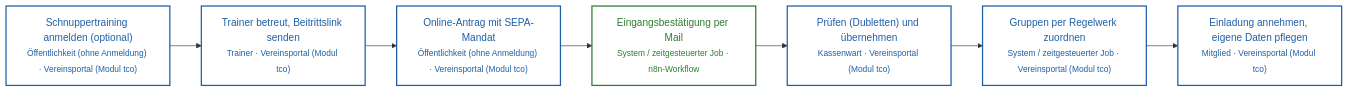
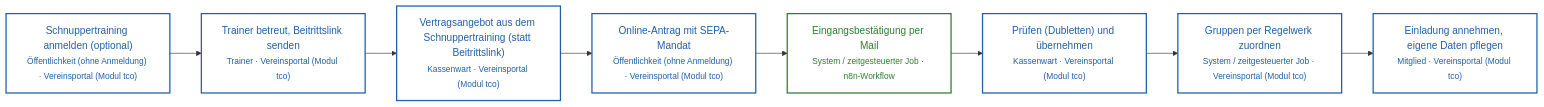
The first of 10 diagrams in docs/landschaft/level-2-prozesse.md (lautor80/Homeprojekt), drawn with Mermaid before and after one commit. The commit also changed other lines of this file and 19 other files, not shown here.

First line of the commit message:
Schnuppertraining: „angefangen“, Vertragsangebot direkt aus dem Schnuppertraining, durchgängiger Prozess

````diff
--- a/docs/landschaft/level-2-prozesse.md
+++ b/docs/landschaft/level-2-prozesse.md
@@ -24,20 +24,22 @@
 ```mermaid
 flowchart LR
   S0["Schnuppertraining anmelden (optional)<br/><small>Öffentlichkeit (ohne Anmeldung) · Vereinsportal (Modul tco)</small>"]:::portal
   S1["Trainer betreut, Beitrittslink senden<br/><small>Trainer · Vereinsportal (Modul tco)</small>"]:::portal
   S0 --> S1
-  S2["Online-Antrag mit SEPA-Mandat<br/><small>Öffentlichkeit (ohne Anmeldung) · Vereinsportal (Modul tco)</small>"]:::portal
+  S2["Vertragsangebot aus dem Schnuppertraining (statt Beitrittslink)<br/><small>Kassenwart · Vereinsportal (Modul tco)</small>"]:::portal
   S1 --> S2
-  S3["Eingangsbestätigung per Mail<br/><small>System / zeitgesteuerter Job · n8n-Workflow</small>"]:::n8n
+  S3["Online-Antrag mit SEPA-Mandat<br/><small>Öffentlichkeit (ohne Anmeldung) · Vereinsportal (Modul tco)</small>"]:::portal
   S2 --> S3
-  S4["Prüfen (Dubletten) und übernehmen<br/><small>Kassenwart · Vereinsportal (Modul tco)</small>"]:::portal
+  S4["Eingangsbestätigung per Mail<br/><small>System / zeitgesteuerter Job · n8n-Workflow</small>"]:::n8n
   S3 --> S4
-  S5["Gruppen per Regelwerk zuordnen<br/><small>System / zeitgesteuerter Job · Vereinsportal (Modul tco)</small>"]:::portal
+  S5["Prüfen (Dubletten) und übernehmen<br/><small>Kassenwart · Vereinsportal (Modul tco)</small>"]:::portal
   S4 --> S5
-  S6["Einladung annehmen, eigene Daten pflegen<br/><small>Mitglied · Vereinsportal (Modul tco)</small>"]:::portal
+  S6["Gruppen per Regelwerk zuordnen<br/><small>System / zeitgesteuerter Job · Vereinsportal (Modul tco)</small>"]:::portal
   S5 --> S6
+  S7["Einladung annehmen, eigene Daten pflegen<br/><small>Mitglied · Vereinsportal (Modul tco)</small>"]:::portal
+  S6 --> S7
   classDef portal fill:#ffffff,stroke:#1f5fa8,stroke-width:2px,color:#1f5fa8
   classDef n8n fill:#ffffff,stroke:#2e7d32,stroke-width:2px,color:#2e7d32
   classDef extern fill:#ffffff,stroke:#2a9d8f,stroke-width:2px,color:#1d6f66
   classDef person fill:#ffffff,stroke:#7f7f7f,stroke-width:2px,stroke-dasharray:4 3,color:#404040
 ```
````
